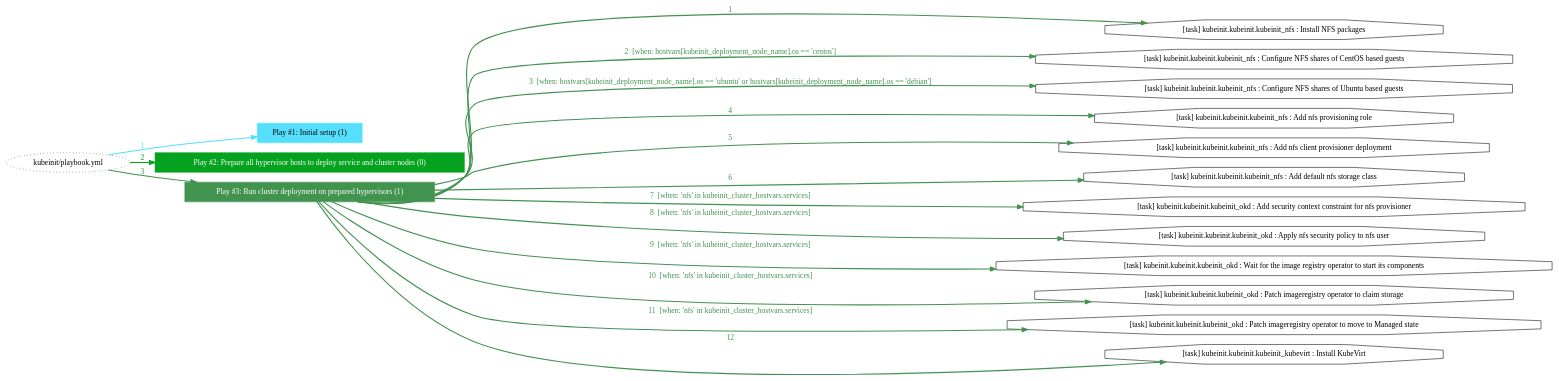
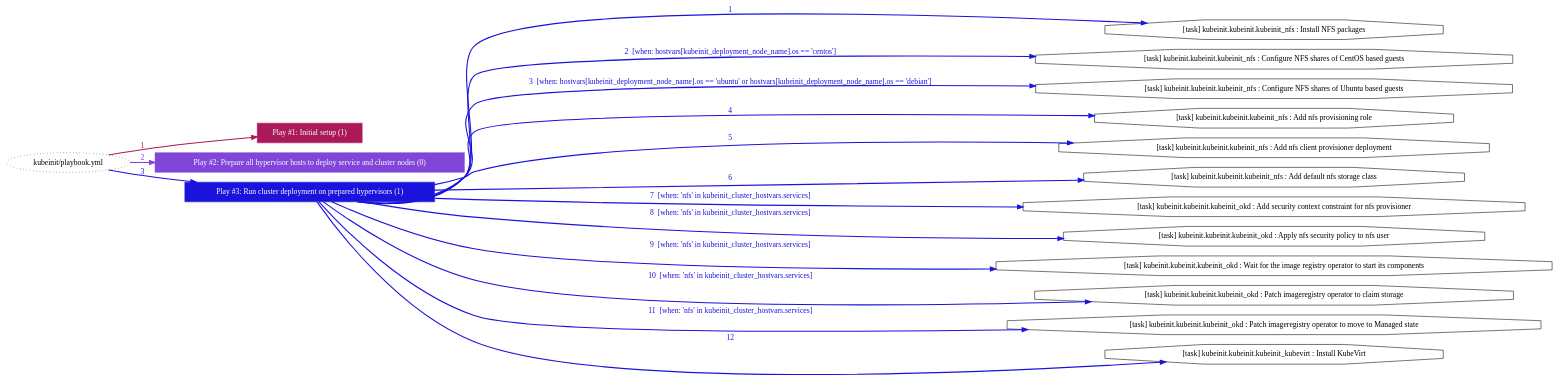
One commit to Kubeinit/kubeinit changed the diagram in _static/playbook_task_post_deployment.dot. Above: the diagram before and after it, drawn with Graphviz. The commit also changed 66 other files, not shown here.

```diff
--- a/_static/playbook_task_post_deployment.dot
+++ b/_static/playbook_task_post_deployment.dot
@@ -3,39 +3,39 @@
 	edge [esep=5 sep=10]
 	"kubeinit/playbook.yml" [id=root_node style=dotted]
 	subgraph "Play #1: Initial setup (1) "{
-		"Play #1: Initial setup (1)" [color="#55dffd" fontcolor="#000000" id="play_bf24b66f-52c5-441b-b3ed-548a452882e7" shape=box style=filled tooltip=localhost]
-		"kubeinit/playbook.yml" -> "Play #1: Initial setup (1)" [label=1 color="#55dffd" fontcolor="#55dffd" id="edge_8843313c-8b65-4bc9-a34c-d5e6d2b8d340" style=bold]
+		"Play #1: Initial setup (1)" [color="#aa1959" fontcolor="#ffffff" id="play_51a5bf20-91a6-4daa-8ec7-390f12a6f978" shape=box style=filled tooltip=localhost]
+		"kubeinit/playbook.yml" -> "Play #1: Initial setup (1)" [label=1 color="#aa1959" fontcolor="#aa1959" id="edge_857138e1-04d3-42c4-b481-2de06cdc2d44" style=bold]
 	}
 	subgraph "Play #2: Prepare all hypervisor hosts to deploy service and cluster nodes (0) "{
-		"Play #2: Prepare all hypervisor hosts to deploy service and cluster nodes (0)" [color="#05a21f" fontcolor="#ffffff" id="play_987c29b0-b717-4069-9654-92d043dd2ebe" shape=box style=filled tooltip=""]
-		"kubeinit/playbook.yml" -> "Play #2: Prepare all hypervisor hosts to deploy service and cluster nodes (0)" [label=2 color="#05a21f" fontcolor="#05a21f" id="edge_a975dc10-36ec-4dcc-af2d-39d225121f9e" style=bold]
+		"Play #2: Prepare all hypervisor hosts to deploy service and cluster nodes (0)" [color="#8146d9" fontcolor="#ffffff" id="play_78c01394-48b1-42e6-a9f7-000a402f823b" shape=box style=filled tooltip=""]
+		"kubeinit/playbook.yml" -> "Play #2: Prepare all hypervisor hosts to deploy service and cluster nodes (0)" [label=2 color="#8146d9" fontcolor="#8146d9" id="edge_12e02fe8-7a20-4220-9802-9c76bf54ab9f" style=bold]
 	}
 	subgraph "Play #3: Run cluster deployment on prepared hypervisors (1) "{
-		"Play #3: Run cluster deployment on prepared hypervisors (1)" [color="#429250" fontcolor="#ffffff" id="play_9cf694e6-ff60-4a06-bba3-484f3eb0a0e1" shape=box style=filled tooltip=localhost]
-		"kubeinit/playbook.yml" -> "Play #3: Run cluster deployment on prepared hypervisors (1)" [label=3 color="#429250" fontcolor="#429250" id="edge_52a50cf2-95bb-48de-835a-be88ea283419" style=bold]
-		"task_c9378529-a069-4f9b-935f-24ba0e88c38e" [label="[task] kubeinit.kubeinit.kubeinit_nfs : Install NFS packages" id="task_c9378529-a069-4f9b-935f-24ba0e88c38e" shape=octagon tooltip="[task] kubeinit.kubeinit.kubeinit_nfs : Install NFS packages"]
-		"Play #3: Run cluster deployment on prepared hypervisors (1)" -> "task_c9378529-a069-4f9b-935f-24ba0e88c38e" [label=1 color="#429250" fontcolor="#429250" id="edge_057ab91a-0ad3-4c5f-aee7-a2c89bc40221" style=bold]
-		"task_3af2a2fe-42ce-4bdf-9737-8865c4e2ae54" [label="[task] kubeinit.kubeinit.kubeinit_nfs : Configure NFS shares of CentOS based guests" id="task_3af2a2fe-42ce-4bdf-9737-8865c4e2ae54" shape=octagon tooltip="[task] kubeinit.kubeinit.kubeinit_nfs : Configure NFS shares of CentOS based guests"]
-		"Play #3: Run cluster deployment on prepared hypervisors (1)" -> "task_3af2a2fe-42ce-4bdf-9737-8865c4e2ae54" [label="2  [when: hostvars[kubeinit_deployment_node_name].os == 'centos']" color="#429250" fontcolor="#429250" id="edge_8f825e59-14ad-4f73-bdcf-4a3eb1b85324" style=bold]
-		"task_7b2f079b-a8bd-417e-81cd-82ab63175916" [label="[task] kubeinit.kubeinit.kubeinit_nfs : Configure NFS shares of Ubuntu based guests" id="task_7b2f079b-a8bd-417e-81cd-82ab63175916" shape=octagon tooltip="[task] kubeinit.kubeinit.kubeinit_nfs : Configure NFS shares of Ubuntu based guests"]
-		"Play #3: Run cluster deployment on prepared hypervisors (1)" -> "task_7b2f079b-a8bd-417e-81cd-82ab63175916" [label="3  [when: hostvars[kubeinit_deployment_node_name].os == 'ubuntu' or hostvars[kubeinit_deployment_node_name].os == 'debian']" color="#429250" fontcolor="#429250" id="edge_3541e030-b7ad-45e0-97f2-622c64b1bb3d" style=bold]
-		"task_604e211b-6c44-47c9-a18a-7fe86a2f6c2c" [label="[task] kubeinit.kubeinit.kubeinit_nfs : Add nfs provisioning role" id="task_604e211b-6c44-47c9-a18a-7fe86a2f6c2c" shape=octagon tooltip="[task] kubeinit.kubeinit.kubeinit_nfs : Add nfs provisioning role"]
-		"Play #3: Run cluster deployment on prepared hypervisors (1)" -> "task_604e211b-6c44-47c9-a18a-7fe86a2f6c2c" [label=4 color="#429250" fontcolor="#429250" id="edge_89de6ea6-2c3d-4404-b714-a66998a9fe50" style=bold]
-		"task_6dd47cb3-1ea5-4f73-aa7c-dcad9855b9d6" [label="[task] kubeinit.kubeinit.kubeinit_nfs : Add nfs client provisioner deployment" id="task_6dd47cb3-1ea5-4f73-aa7c-dcad9855b9d6" shape=octagon tooltip="[task] kubeinit.kubeinit.kubeinit_nfs : Add nfs client provisioner deployment"]
-		"Play #3: Run cluster deployment on prepared hypervisors (1)" -> "task_6dd47cb3-1ea5-4f73-aa7c-dcad9855b9d6" [label=5 color="#429250" fontcolor="#429250" id="edge_465fc9a0-fa08-4f47-9f57-08d265c38082" style=bold]
-		"task_d29bc5ec-8e78-469e-a55e-e6db1f380e54" [label="[task] kubeinit.kubeinit.kubeinit_nfs : Add default nfs storage class" id="task_d29bc5ec-8e78-469e-a55e-e6db1f380e54" shape=octagon tooltip="[task] kubeinit.kubeinit.kubeinit_nfs : Add default nfs storage class"]
-		"Play #3: Run cluster deployment on prepared hypervisors (1)" -> "task_d29bc5ec-8e78-469e-a55e-e6db1f380e54" [label=6 color="#429250" fontcolor="#429250" id="edge_a44c01fe-192b-42af-a3a6-50daf76446f2" style=bold]
-		"task_c7f31b33-233c-45f7-8b76-163100365483" [label="[task] kubeinit.kubeinit.kubeinit_okd : Add security context constraint for nfs provisioner" id="task_c7f31b33-233c-45f7-8b76-163100365483" shape=octagon tooltip="[task] kubeinit.kubeinit.kubeinit_okd : Add security context constraint for nfs provisioner"]
-		"Play #3: Run cluster deployment on prepared hypervisors (1)" -> "task_c7f31b33-233c-45f7-8b76-163100365483" [label="7  [when: 'nfs' in kubeinit_cluster_hostvars.services]" color="#429250" fontcolor="#429250" id="edge_674f1ee3-c13c-4c46-b28b-f90eaa7a44a1" style=bold]
-		"task_2f6dfa98-a4c8-4ccd-b9a4-4de35b034ce0" [label="[task] kubeinit.kubeinit.kubeinit_okd : Apply nfs security policy to nfs user" id="task_2f6dfa98-a4c8-4ccd-b9a4-4de35b034ce0" shape=octagon tooltip="[task] kubeinit.kubeinit.kubeinit_okd : Apply nfs security policy to nfs user"]
-		"Play #3: Run cluster deployment on prepared hypervisors (1)" -> "task_2f6dfa98-a4c8-4ccd-b9a4-4de35b034ce0" [label="8  [when: 'nfs' in kubeinit_cluster_hostvars.services]" color="#429250" fontcolor="#429250" id="edge_38ec6423-ba5b-403e-9cba-ef9660278b2a" style=bold]
-		"task_dcad048b-f832-4677-b48a-0e59a08aa1f5" [label="[task] kubeinit.kubeinit.kubeinit_okd : Wait for the image registry operator to start its components" id="task_dcad048b-f832-4677-b48a-0e59a08aa1f5" shape=octagon tooltip="[task] kubeinit.kubeinit.kubeinit_okd : Wait for the image registry operator to start its components"]
-		"Play #3: Run cluster deployment on prepared hypervisors (1)" -> "task_dcad048b-f832-4677-b48a-0e59a08aa1f5" [label="9  [when: 'nfs' in kubeinit_cluster_hostvars.services]" color="#429250" fontcolor="#429250" id="edge_5c4824c7-dd39-4ab1-9a6f-17a7af8be945" style=bold]
-		"task_a82c37e4-5fe0-4dde-8c4f-b4f03c6a3f21" [label="[task] kubeinit.kubeinit.kubeinit_okd : Patch imageregistry operator to claim storage" id="task_a82c37e4-5fe0-4dde-8c4f-b4f03c6a3f21" shape=octagon tooltip="[task] kubeinit.kubeinit.kubeinit_okd : Patch imageregistry operator to claim storage"]
-		"Play #3: Run cluster deployment on prepared hypervisors (1)" -> "task_a82c37e4-5fe0-4dde-8c4f-b4f03c6a3f21" [label="10  [when: 'nfs' in kubeinit_cluster_hostvars.services]" color="#429250" fontcolor="#429250" id="edge_3b02a4ec-ca9f-48f8-9946-d99b74c2aaf0" style=bold]
-		"task_ce0e0cc3-2261-4379-ac6f-e338adb0dee4" [label="[task] kubeinit.kubeinit.kubeinit_okd : Patch imageregistry operator to move to Managed state" id="task_ce0e0cc3-2261-4379-ac6f-e338adb0dee4" shape=octagon tooltip="[task] kubeinit.kubeinit.kubeinit_okd : Patch imageregistry operator to move to Managed state"]
-		"Play #3: Run cluster deployment on prepared hypervisors (1)" -> "task_ce0e0cc3-2261-4379-ac6f-e338adb0dee4" [label="11  [when: 'nfs' in kubeinit_cluster_hostvars.services]" color="#429250" fontcolor="#429250" id="edge_66585a55-a98b-4e7e-8133-34af2964394d" style=bold]
-		"task_abb6e281-1625-4ce3-9309-7f6684f41eb5" [label="[task] kubeinit.kubeinit.kubeinit_kubevirt : Install KubeVirt" id="task_abb6e281-1625-4ce3-9309-7f6684f41eb5" shape=octagon tooltip="[task] kubeinit.kubeinit.kubeinit_kubevirt : Install KubeVirt"]
-		"Play #3: Run cluster deployment on prepared hypervisors (1)" -> "task_abb6e281-1625-4ce3-9309-7f6684f41eb5" [label=12 color="#429250" fontcolor="#429250" id="edge_7b24dc70-0e57-4130-8e5b-788ea5c3bced" style=bold]
+		"Play #3: Run cluster deployment on prepared hypervisors (1)" [color="#1a13dc" fontcolor="#ffffff" id="play_07570ddb-1044-4fa9-95f3-973b6f57b564" shape=box style=filled tooltip=localhost]
+		"kubeinit/playbook.yml" -> "Play #3: Run cluster deployment on prepared hypervisors (1)" [label=3 color="#1a13dc" fontcolor="#1a13dc" id="edge_cde498f1-3ef2-4e87-b15b-2b7dc5ebb0a1" style=bold]
+		"task_486b1b9d-8388-43e3-8a07-1a62d45c5f4a" [label="[task] kubeinit.kubeinit.kubeinit_nfs : Install NFS packages" id="task_486b1b9d-8388-43e3-8a07-1a62d45c5f4a" shape=octagon tooltip="[task] kubeinit.kubeinit.kubeinit_nfs : Install NFS packages"]
+		"Play #3: Run cluster deployment on prepared hypervisors (1)" -> "task_486b1b9d-8388-43e3-8a07-1a62d45c5f4a" [label=1 color="#1a13dc" fontcolor="#1a13dc" id="edge_bc991a32-111e-4ec7-a479-a30b9b84e784" style=bold]
+		"task_1a0c53c4-2f0d-45ee-9b67-d95a45bcabf3" [label="[task] kubeinit.kubeinit.kubeinit_nfs : Configure NFS shares of CentOS based guests" id="task_1a0c53c4-2f0d-45ee-9b67-d95a45bcabf3" shape=octagon tooltip="[task] kubeinit.kubeinit.kubeinit_nfs : Configure NFS shares of CentOS based guests"]
+		"Play #3: Run cluster deployment on prepared hypervisors (1)" -> "task_1a0c53c4-2f0d-45ee-9b67-d95a45bcabf3" [label="2  [when: hostvars[kubeinit_deployment_node_name].os == 'centos']" color="#1a13dc" fontcolor="#1a13dc" id="edge_771356b7-ae3f-40da-9a12-d9bf50f9c69a" style=bold]
+		"task_45b32289-a6fc-410d-9d9f-65eebf896b5f" [label="[task] kubeinit.kubeinit.kubeinit_nfs : Configure NFS shares of Ubuntu based guests" id="task_45b32289-a6fc-410d-9d9f-65eebf896b5f" shape=octagon tooltip="[task] kubeinit.kubeinit.kubeinit_nfs : Configure NFS shares of Ubuntu based guests"]
+		"Play #3: Run cluster deployment on prepared hypervisors (1)" -> "task_45b32289-a6fc-410d-9d9f-65eebf896b5f" [label="3  [when: hostvars[kubeinit_deployment_node_name].os == 'ubuntu' or hostvars[kubeinit_deployment_node_name].os == 'debian']" color="#1a13dc" fontcolor="#1a13dc" id="edge_5dac2f2b-6155-432a-a91e-fc4e3a5be4ed" style=bold]
+		"task_65911629-83a2-4ea7-9b6f-38e63eeb9778" [label="[task] kubeinit.kubeinit.kubeinit_nfs : Add nfs provisioning role" id="task_65911629-83a2-4ea7-9b6f-38e63eeb9778" shape=octagon tooltip="[task] kubeinit.kubeinit.kubeinit_nfs : Add nfs provisioning role"]
+		"Play #3: Run cluster deployment on prepared hypervisors (1)" -> "task_65911629-83a2-4ea7-9b6f-38e63eeb9778" [label=4 color="#1a13dc" fontcolor="#1a13dc" id="edge_37c6f39c-741f-419d-8889-c088b1cf62e4" style=bold]
+		"task_7a59135a-4076-472c-bff3-82315ea089dc" [label="[task] kubeinit.kubeinit.kubeinit_nfs : Add nfs client provisioner deployment" id="task_7a59135a-4076-472c-bff3-82315ea089dc" shape=octagon tooltip="[task] kubeinit.kubeinit.kubeinit_nfs : Add nfs client provisioner deployment"]
+		"Play #3: Run cluster deployment on prepared hypervisors (1)" -> "task_7a59135a-4076-472c-bff3-82315ea089dc" [label=5 color="#1a13dc" fontcolor="#1a13dc" id="edge_c9c2c5a2-3f74-44a8-a15b-d69f949b36cc" style=bold]
+		"task_c62ee278-5450-48a5-b3d9-c4f367bb72f1" [label="[task] kubeinit.kubeinit.kubeinit_nfs : Add default nfs storage class" id="task_c62ee278-5450-48a5-b3d9-c4f367bb72f1" shape=octagon tooltip="[task] kubeinit.kubeinit.kubeinit_nfs : Add default nfs storage class"]
+		"Play #3: Run cluster deployment on prepared hypervisors (1)" -> "task_c62ee278-5450-48a5-b3d9-c4f367bb72f1" [label=6 color="#1a13dc" fontcolor="#1a13dc" id="edge_1401bb39-ab41-4951-ab9b-0f0e8ad5635d" style=bold]
+		"task_b34bab46-f07f-4ea3-8912-f90b8f77fe89" [label="[task] kubeinit.kubeinit.kubeinit_okd : Add security context constraint for nfs provisioner" id="task_b34bab46-f07f-4ea3-8912-f90b8f77fe89" shape=octagon tooltip="[task] kubeinit.kubeinit.kubeinit_okd : Add security context constraint for nfs provisioner"]
+		"Play #3: Run cluster deployment on prepared hypervisors (1)" -> "task_b34bab46-f07f-4ea3-8912-f90b8f77fe89" [label="7  [when: 'nfs' in kubeinit_cluster_hostvars.services]" color="#1a13dc" fontcolor="#1a13dc" id="edge_20e5d438-0a1c-4fd5-9a87-d98f1969c7a2" style=bold]
+		"task_ff64d02e-89ca-4155-9a06-bc13df569d7b" [label="[task] kubeinit.kubeinit.kubeinit_okd : Apply nfs security policy to nfs user" id="task_ff64d02e-89ca-4155-9a06-bc13df569d7b" shape=octagon tooltip="[task] kubeinit.kubeinit.kubeinit_okd : Apply nfs security policy to nfs user"]
+		"Play #3: Run cluster deployment on prepared hypervisors (1)" -> "task_ff64d02e-89ca-4155-9a06-bc13df569d7b" [label="8  [when: 'nfs' in kubeinit_cluster_hostvars.services]" color="#1a13dc" fontcolor="#1a13dc" id="edge_6df66e4a-bbe8-4600-a5b8-242d233c3480" style=bold]
+		"task_4a499480-d2ca-4948-8e1f-34ad9a44d0b2" [label="[task] kubeinit.kubeinit.kubeinit_okd : Wait for the image registry operator to start its components" id="task_4a499480-d2ca-4948-8e1f-34ad9a44d0b2" shape=octagon tooltip="[task] kubeinit.kubeinit.kubeinit_okd : Wait for the image registry operator to start its components"]
+		"Play #3: Run cluster deployment on prepared hypervisors (1)" -> "task_4a499480-d2ca-4948-8e1f-34ad9a44d0b2" [label="9  [when: 'nfs' in kubeinit_cluster_hostvars.services]" color="#1a13dc" fontcolor="#1a13dc" id="edge_a57bae0a-7658-4aac-9027-2ceae7b1676d" style=bold]
+		"task_a57610a4-423b-4ccd-8b26-d58e09e10225" [label="[task] kubeinit.kubeinit.kubeinit_okd : Patch imageregistry operator to claim storage" id="task_a57610a4-423b-4ccd-8b26-d58e09e10225" shape=octagon tooltip="[task] kubeinit.kubeinit.kubeinit_okd : Patch imageregistry operator to claim storage"]
+		"Play #3: Run cluster deployment on prepared hypervisors (1)" -> "task_a57610a4-423b-4ccd-8b26-d58e09e10225" [label="10  [when: 'nfs' in kubeinit_cluster_hostvars.services]" color="#1a13dc" fontcolor="#1a13dc" id="edge_99cfb06c-ff16-4321-a60b-28c48fd8df1b" style=bold]
+		"task_5e1e6400-912d-430c-848a-450d6777daa2" [label="[task] kubeinit.kubeinit.kubeinit_okd : Patch imageregistry operator to move to Managed state" id="task_5e1e6400-912d-430c-848a-450d6777daa2" shape=octagon tooltip="[task] kubeinit.kubeinit.kubeinit_okd : Patch imageregistry operator to move to Managed state"]
+		"Play #3: Run cluster deployment on prepared hypervisors (1)" -> "task_5e1e6400-912d-430c-848a-450d6777daa2" [label="11  [when: 'nfs' in kubeinit_cluster_hostvars.services]" color="#1a13dc" fontcolor="#1a13dc" id="edge_41c62876-a155-4ad9-9790-4653772db343" style=bold]
+		"task_323ca78d-bf4c-465d-9100-d400563b7d00" [label="[task] kubeinit.kubeinit.kubeinit_kubevirt : Install KubeVirt" id="task_323ca78d-bf4c-465d-9100-d400563b7d00" shape=octagon tooltip="[task] kubeinit.kubeinit.kubeinit_kubevirt : Install KubeVirt"]
+		"Play #3: Run cluster deployment on prepared hypervisors (1)" -> "task_323ca78d-bf4c-465d-9100-d400563b7d00" [label=12 color="#1a13dc" fontcolor="#1a13dc" id="edge_d59efdea-0531-4eba-aab6-f1e80737b50a" style=bold]
 	}
 }
```
